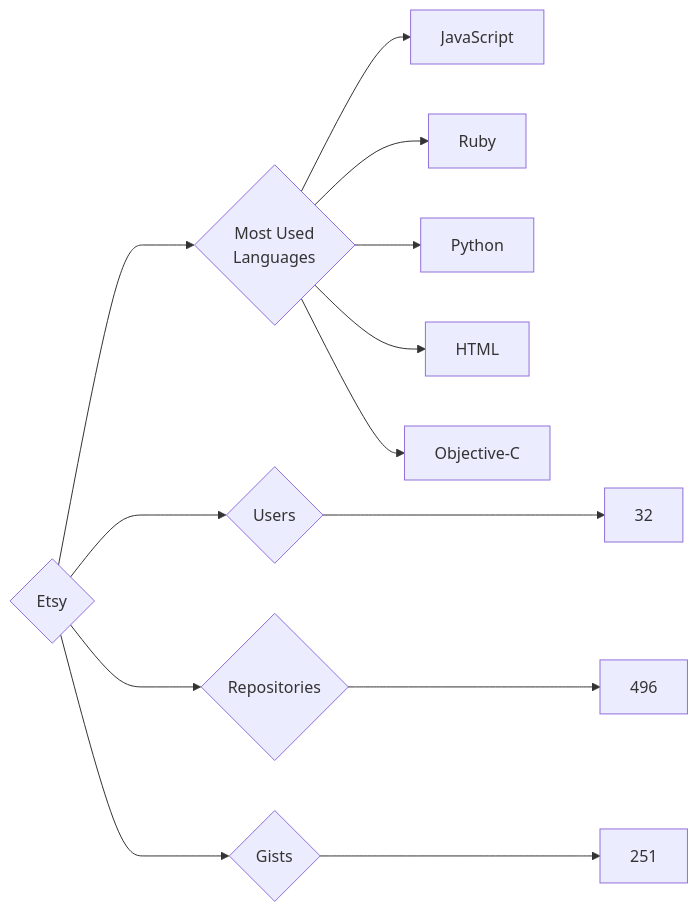
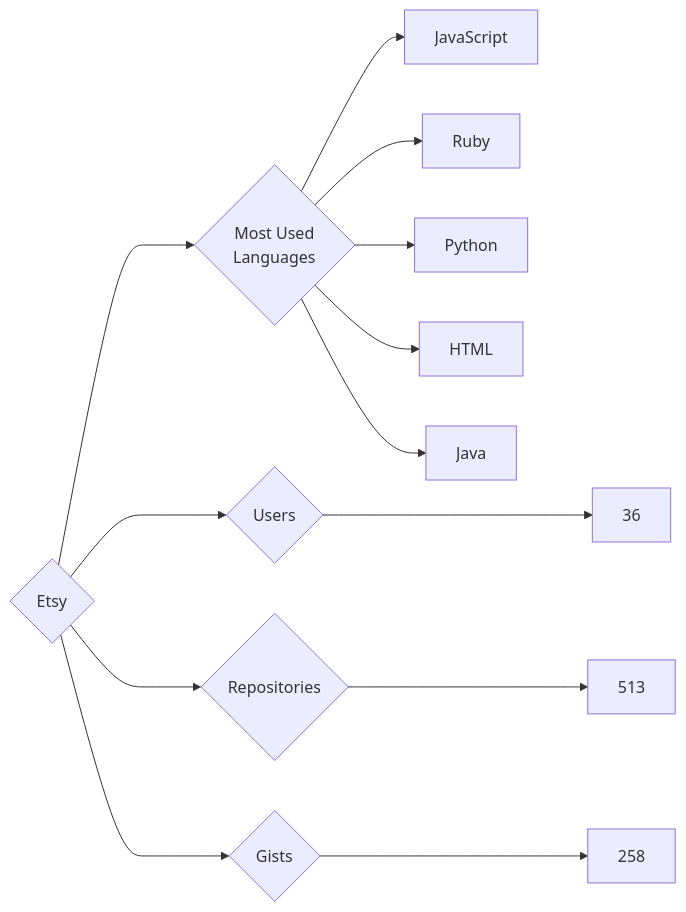
One commit to trickest/insiders changed the diagram in targets/Etsy/README.md. Above: the diagram before and after it, drawn with Mermaid. The commit also changed 1314 other files, not shown here.

````diff
--- a/targets/Etsy/README.md
+++ b/targets/Etsy/README.md
@@ -3,13 +3,13 @@
 ```mermaid
 graph LR
 COMPANY_NAME{Etsy}
-COMPANY_NAME ---> U{Users} ---> UN[32]
-COMPANY_NAME ---> R{Repositories} ---> RN[496]
-COMPANY_NAME ---> G{Gists} ---> GN[251]
+COMPANY_NAME ---> U{Users} ---> UN[36]
+COMPANY_NAME ---> R{Repositories} ---> RN[513]
+COMPANY_NAME ---> G{Gists} ---> GN[258]
 COMPANY_NAME ---> ML{Most Used<br>Languages}
 ML --> JavaScript[JavaScript]
 ML --> Ruby[Ruby]
 ML --> Python[Python]
 ML --> HTML[HTML]
-ML --> Objective-C[Objective-C]
+ML --> Java[Java]
 ```
````
